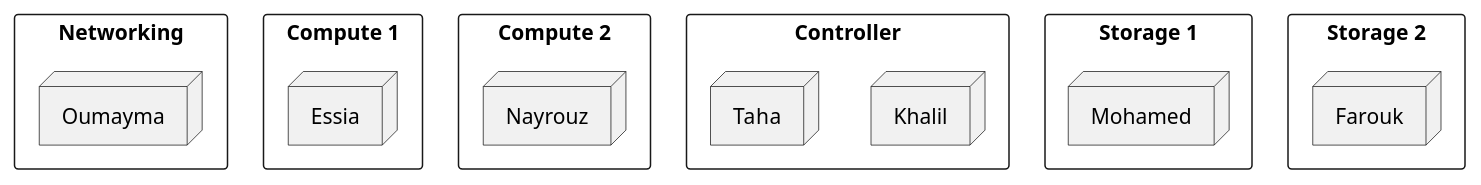
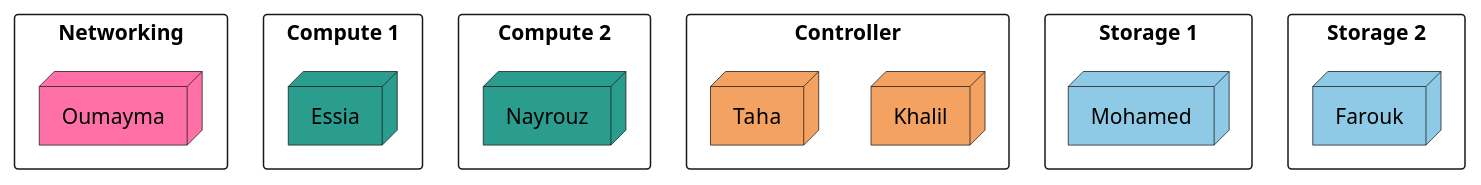
The diagram in src/presentations/one.org (greppers/greppers.github.io), drawn with PlantUML before and after one commit. The commit also changed other lines of this file and 5 other files, not shown here.

Commit message:
Update plantuml diagrams

```diff
--- a/src/presentations/one.org
+++ b/src/presentations/one.org
@@ -121,31 +121,31 @@
 #+begin_src plantuml :file ../../assets/images/node-dist.svg :exports results
 @startuml
 skinparam BackgroundColor transparent
 skinparam componentStyle rectangle
 
 component Networking {
-	node Oumayma
+	node Oumayma #ff70a6
 }
 
 component "Compute 1" {
-	node Essia
+	node Essia   #2a9d8f
 }
 
 component "Compute 2" {
-	node Nayrouz
+	node Nayrouz #2a9d8f
 }
 
 component Controller {
-	node Khalil
-	node Taha
+	node Khalil  #f4a261
+	node Taha    #f4a261
 }
 
 component "Storage 1" {
-	node Mohamed
+	node Mohamed #8ecae6
 }
 
 component "Storage 2" {
-	node Farouk
+	node Farouk  #8ecae6
 }
 @enduml
 #+end_src
```
